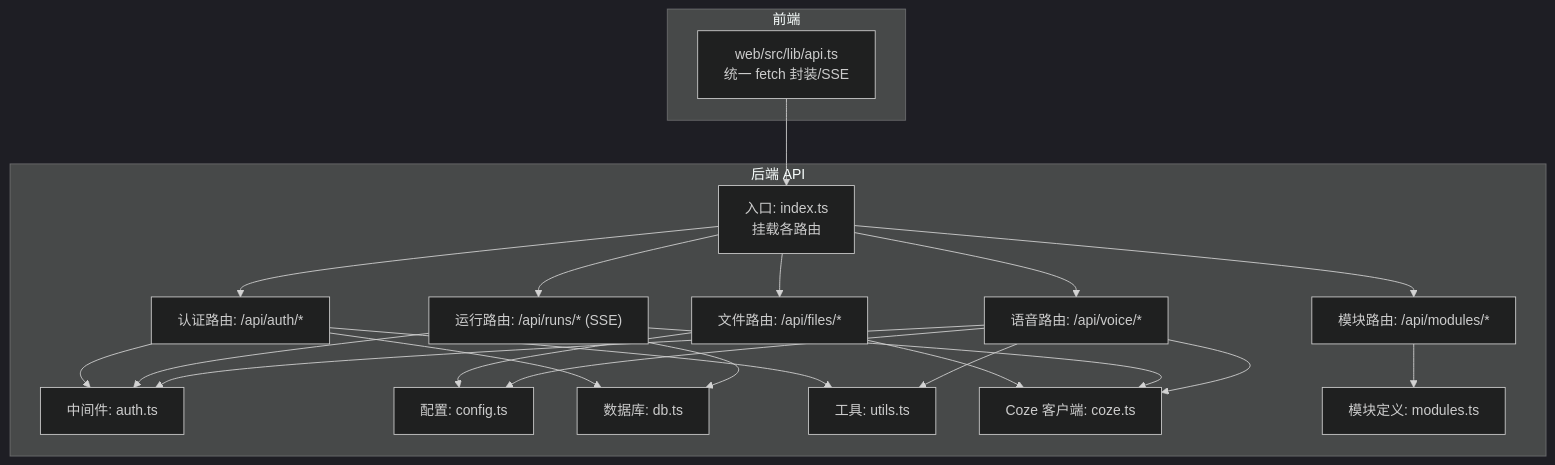
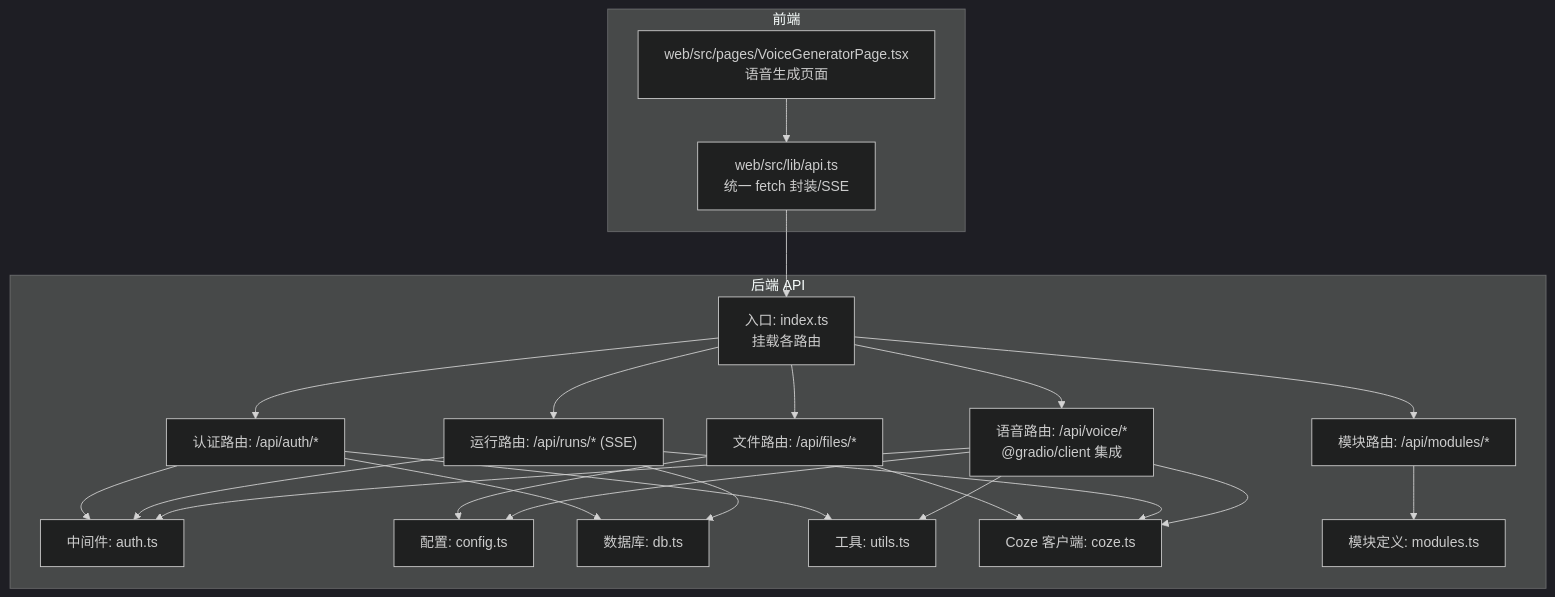
One commit to hanksd769-droid/sailshub changed the first of 8 diagrams in .qoder/repowiki/zh/content/API 接口文档/API 接口文档.md. Above: the diagram before and after it, drawn with Mermaid (dark theme). The commit also changed other lines of this file and 6 other files, not shown here.

````diff
--- a/.qoder/repowiki/zh/content/API 接口文档/API 接口文档.md
+++ b/.qoder/repowiki/zh/content/API 接口文档/API 接口文档.md
@@ -47,39 +55,41 @@
 ```mermaid
 graph TB
 subgraph "后端 API"
 IDX["入口: index.ts<br/>挂载各路由"]
 AUTH["认证路由: /api/auth/*"]
 MODS["模块路由: /api/modules/*"]
 FILES["文件路由: /api/files/*"]
 RUNS["运行路由: /api/runs/* (SSE)"]
-VOICE["语音路由: /api/voice/*"]
+VOICE["语音路由: /api/voice/*<br/>@gradio/client 集成"]
 MW["中间件: auth.ts"]
 CFG["配置: config.ts"]
 DB["数据库: db.ts"]
 UTIL["工具: utils.ts"]
 COZE["Coze 客户端: coze.ts"]
 MODDEF["模块定义: modules.ts"]
 end
 subgraph "前端"
 WEBAPI["web/src/lib/api.ts<br/>统一 fetch 封装/SSE"]
+PAGE["web/src/pages/VoiceGeneratorPage.tsx<br/>语音生成页面"]
 end
 IDX --> AUTH
 IDX --> MODS
 IDX --> FILES
 IDX --> RUNS
 IDX --> VOICE
 AUTH --> MW
 AUTH --> DB
 AUTH --> UTIL
 MODS --> MODDEF
 FILES --> CFG
 FILES --> COZE
 RUNS --> MW
 RUNS --> DB
 RUNS --> COZE
 VOICE --> MW
 VOICE --> CFG
 VOICE --> COZE
 VOICE --> UTIL
 WEBAPI --> IDX
+PAGE --> WEBAPI
 ```
````
